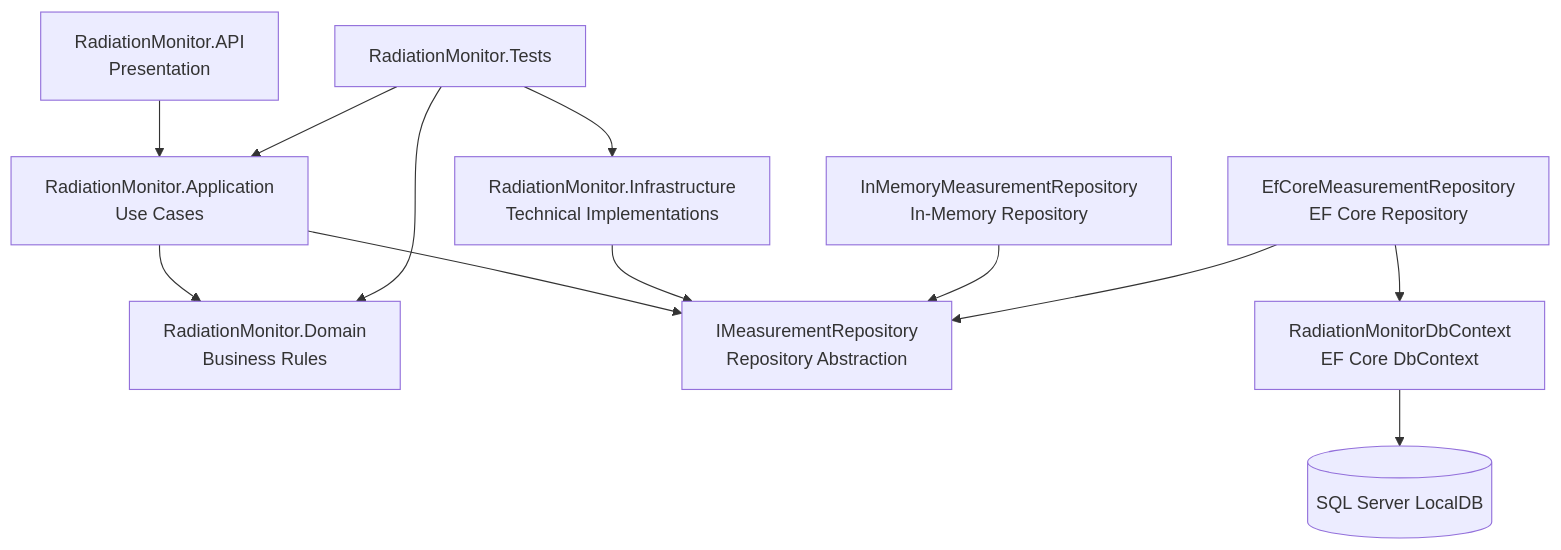
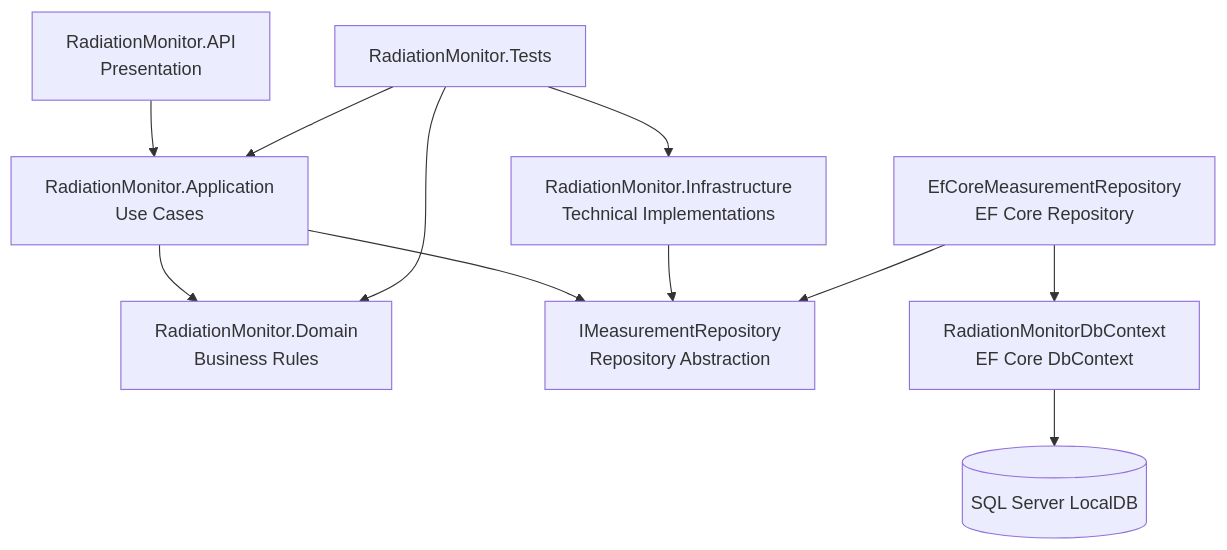
Before and after one commit to ManonDamoiseau/RadiationMonitor: the diagram in RadiationMonitor/docs/architecture/layered-architecture.md, drawn with Mermaid. The commit also changed other lines of this file and 5 other files, not shown here.

````diff
--- a/RadiationMonitor/docs/architecture/layered-architecture.md
+++ b/RadiationMonitor/docs/architecture/layered-architecture.md
@@ -15,39 +15,36 @@
 ```mermaid
-flowchart TD 
+flowchart TD
 
 API[RadiationMonitor.API<br/>Presentation]
 
 APP[RadiationMonitor.Application<br/>Use Cases]
 
 DOMAIN[RadiationMonitor.Domain<br/>Business Rules]
 
 REPO[IMeasurementRepository<br/>Repository Abstraction]
 
 INFRA[RadiationMonitor.Infrastructure<br/>Technical Implementations]
-
-INMEM[InMemoryMeasurementRepository<br/>In-Memory Repository]
 
 EF[EfCoreMeasurementRepository<br/>EF Core Repository]
 
 DB[RadiationMonitorDbContext<br/>EF Core DbContext]
 
 SQL[(SQL Server LocalDB)]
 
 TESTS[RadiationMonitor.Tests]
 
 API --> APP
 
 APP --> DOMAIN
 APP --> REPO
 
 INFRA --> REPO
-INMEM --> REPO
 EF --> REPO
 EF --> DB
 DB --> SQL
 
 TESTS --> DOMAIN
 TESTS --> APP
 TESTS --> INFRA
 
 ```
````
